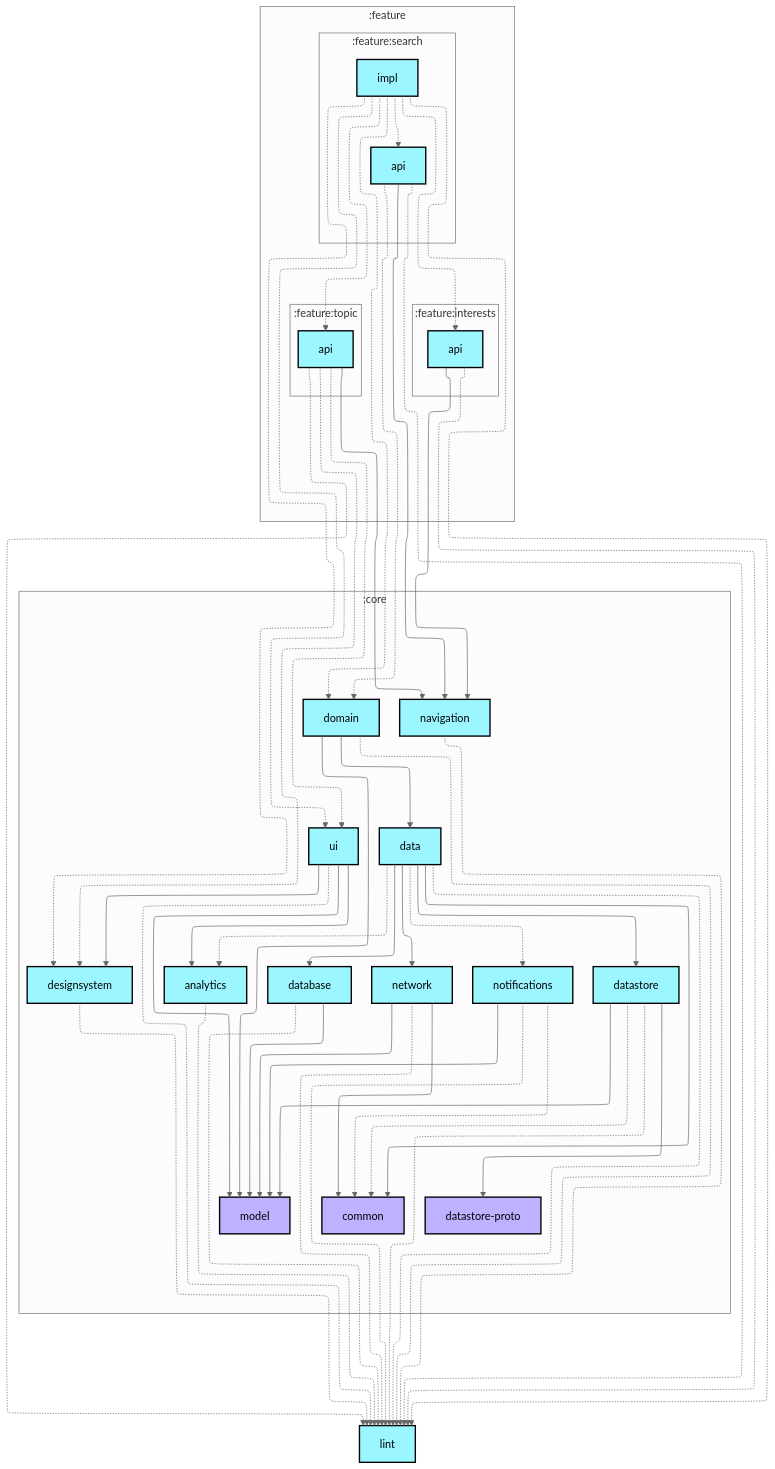
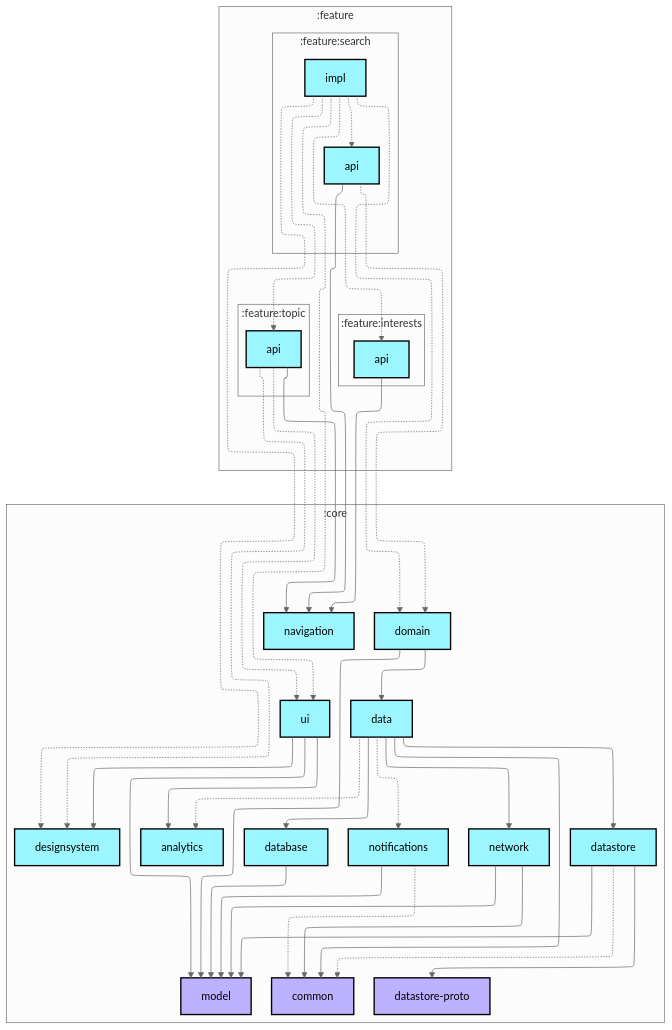
Before and after one commit to android/nowinandroid: the first of 2 diagrams in feature/search/impl/README.md, drawn with Mermaid (neutral theme). The commit also changed 30 other files, not shown here.

```diff
--- a/feature/search/impl/README.md
+++ b/feature/search/impl/README.md
@@ -43,53 +43,38 @@
     :core:notifications[notifications]:::android-library
     :core:ui[ui]:::android-library
   end
-  :lint[lint]:::android-library
 
-  :core:analytics -.-> :lint
   :core:data -.-> :core:analytics
   :core:data --> :core:common
   :core:data --> :core:database
   :core:data --> :core:datastore
   :core:data --> :core:network
   :core:data -.-> :core:notifications
-  :core:data -.-> :lint
   :core:database --> :core:model
-  :core:database -.-> :lint
   :core:datastore -.-> :core:common
   :core:datastore --> :core:datastore-proto
   :core:datastore --> :core:model
-  :core:datastore -.-> :lint
-  :core:designsystem -.-> :lint
   :core:domain --> :core:data
   :core:domain --> :core:model
-  :core:domain -.-> :lint
-  :core:navigation -.-> :lint
   :core:network --> :core:common
   :core:network --> :core:model
-  :core:network -.-> :lint
   :core:notifications -.-> :core:common
   :core:notifications --> :core:model
-  :core:notifications -.-> :lint
   :core:ui --> :core:analytics
   :core:ui --> :core:designsystem
   :core:ui --> :core:model
-  :core:ui -.-> :lint
   :feature:interests:api --> :core:navigation
-  :feature:interests:api -.-> :lint
   :feature:search:api -.-> :core:domain
   :feature:search:api --> :core:navigation
-  :feature:search:api -.-> :lint
   :feature:search:impl -.-> :core:designsystem
   :feature:search:impl -.-> :core:domain
   :feature:search:impl -.-> :core:ui
   :feature:search:impl -.-> :feature:interests:api
   :feature:search:impl -.-> :feature:search:api
   :feature:search:impl -.-> :feature:topic:api
-  :feature:search:impl -.-> :lint
   :feature:topic:api -.-> :core:designsystem
   :feature:topic:api --> :core:navigation
   :feature:topic:api -.-> :core:ui
-  :feature:topic:api -.-> :lint
 
 classDef android-application fill:#CAFFBF,stroke:#000,stroke-width:2px,color:#000;
 classDef android-feature fill:#FFD6A5,stroke:#000,stroke-width:2px,color:#000;
```
